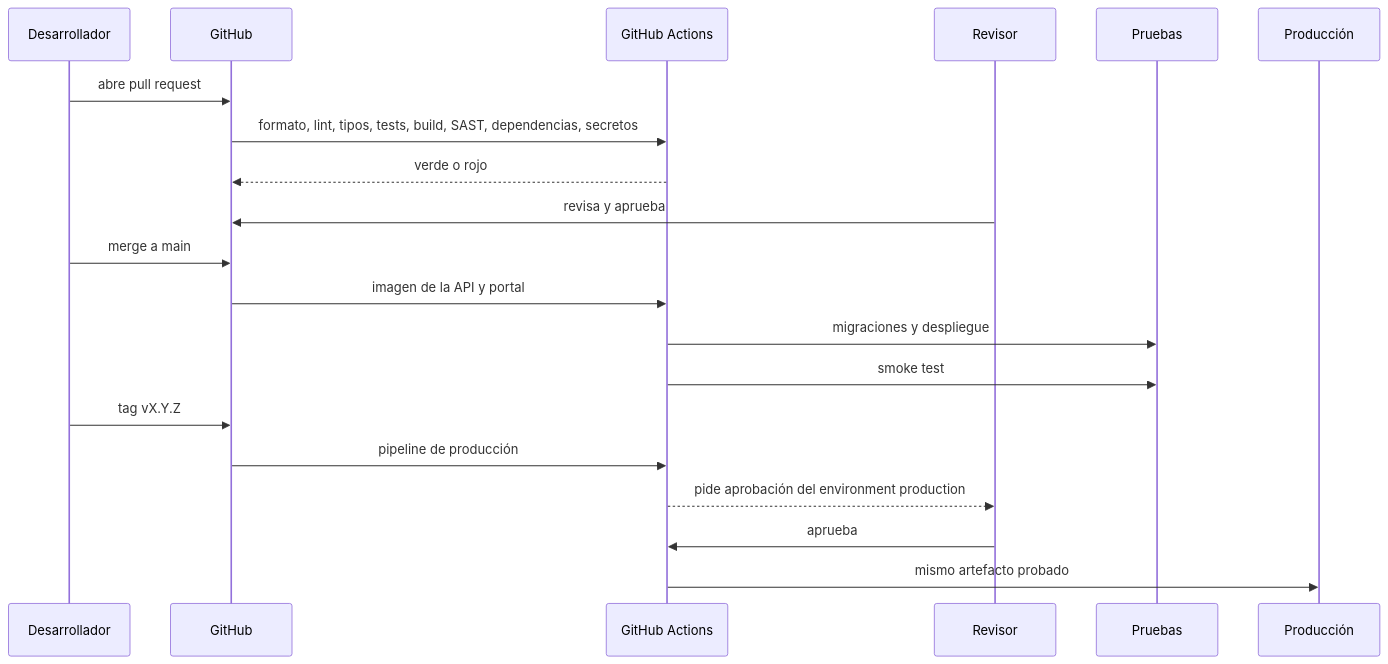
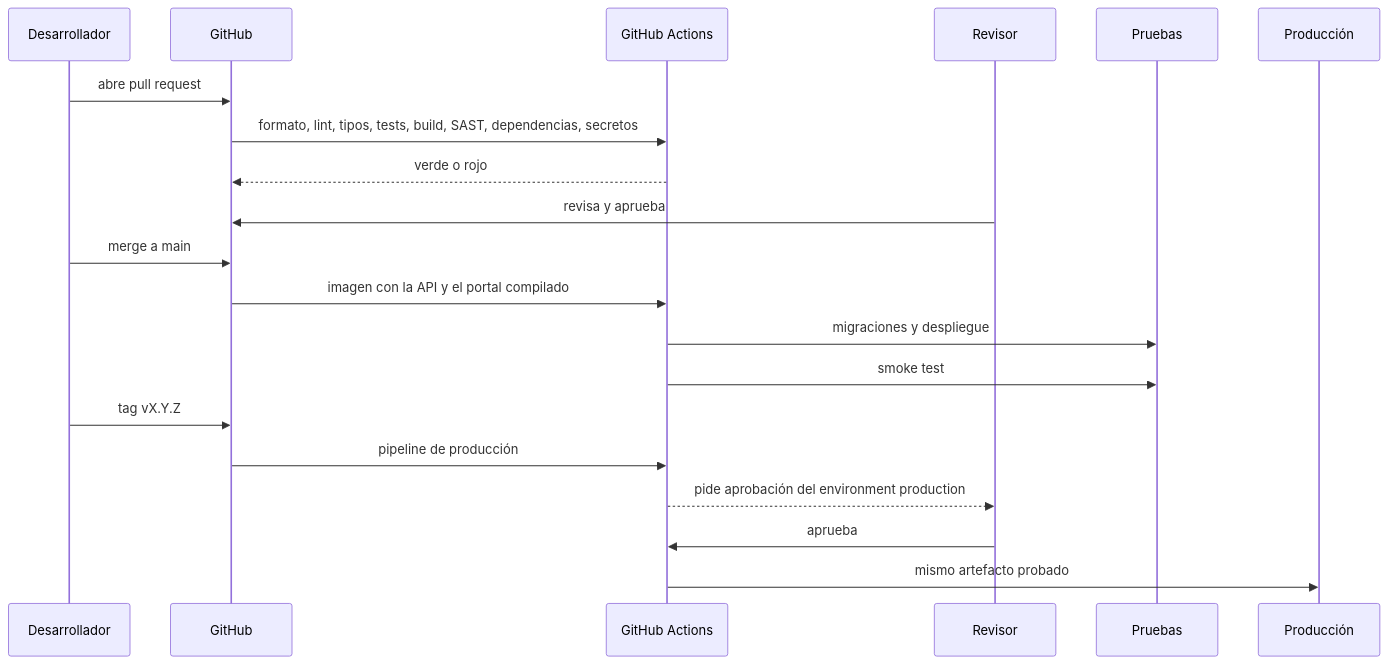
One commit to aleharo2003/floky-cuadernos changed the second of 2 diagrams in docs/diagramas/05-secuencias-tecnicas.md. Above: the diagram before and after it, drawn with Mermaid. The commit also changed 23 other files, not shown here.

````diff
--- a/docs/diagramas/05-secuencias-tecnicas.md
+++ b/docs/diagramas/05-secuencias-tecnicas.md
@@ -46,22 +46,22 @@
 ```mermaid
 sequenceDiagram
     participant Dev as Desarrollador
     participant GH as GitHub
     participant CI as GitHub Actions
     participant Rev as Revisor
     participant Pru as Pruebas
     participant Prod as Producción
     Dev->>GH: abre pull request
     GH->>CI: formato, lint, tipos, tests, build, SAST, dependencias, secretos
     CI-->>GH: verde o rojo
     Rev->>GH: revisa y aprueba
     Dev->>GH: merge a main
-    GH->>CI: imagen de la API y portal
+    GH->>CI: imagen con la API y el portal compilado
     CI->>Pru: migraciones y despliegue
     CI->>Pru: smoke test
     Dev->>GH: tag vX.Y.Z
     GH->>CI: pipeline de producción
     CI-->>Rev: pide aprobación del environment production
     Rev->>CI: aprueba
     CI->>Prod: mismo artefacto probado
 ```
````
